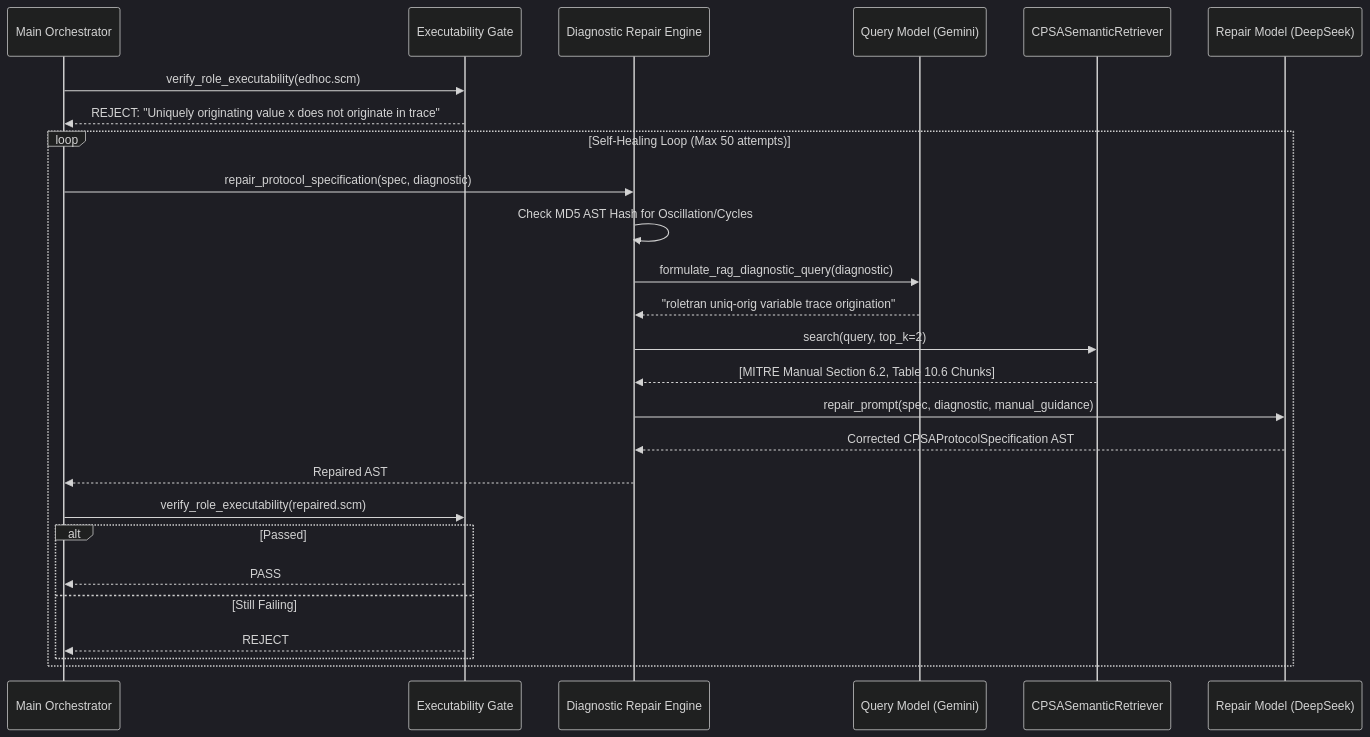
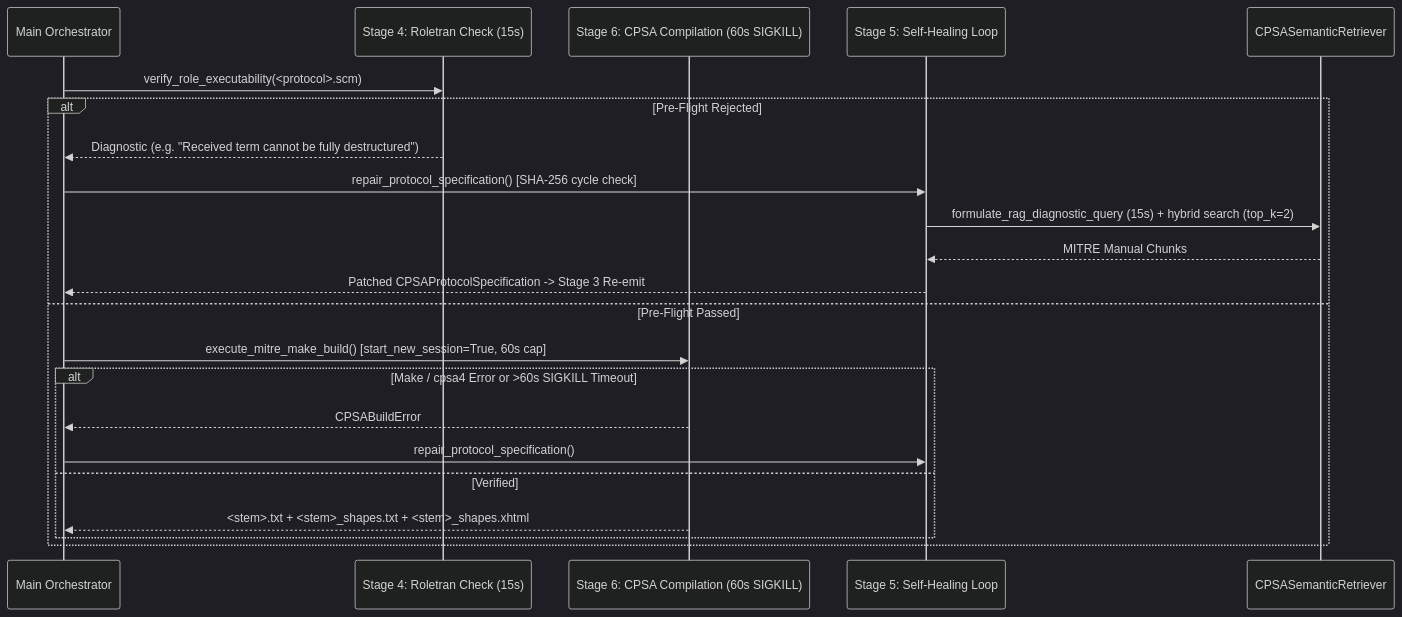
One commit to mariobx/RFC-LLM changed the second of 2 diagrams in docs/MASTER_BLUEPRINT.md. Above: the diagram before and after it, drawn with Mermaid (dark theme). The commit also changed other lines of this file and 72 other files, not shown here.

````diff
--- a/docs/MASTER_BLUEPRINT.md
+++ b/docs/MASTER_BLUEPRINT.md
@@ -201,30 +175,25 @@
 ```mermaid
 sequenceDiagram
-    participant Orchestrator as Main Orchestrator
-    participant Gate as Executability Gate
-    participant Repair as Diagnostic Repair Engine
-    participant LLM_Q as Query Model (Gemini)
+    participant Orch as Main Orchestrator
+    participant Gate as Stage 4: Roletran Check (15s)
+    participant Build as Stage 6: CPSA Compilation (60s SIGKILL)
+    participant Repair as Stage 5: Self-Healing Loop
     participant RAG as CPSASemanticRetriever
-    participant LLM_R as Repair Model (DeepSeek)
 
-    Orchestrator->>Gate: verify_role_executability(edhoc.scm)
-    Gate-->>Orchestrator: REJECT: "Uniquely originating value x does not originate in trace"
-    
-    loop Self-Healing Loop (Max 50 attempts)
-        Orchestrator->>Repair: repair_protocol_specification(spec, diagnostic)
-        Repair->>Repair: Check MD5 AST Hash for Oscillation/Cycles
-        Repair->>LLM_Q: formulate_rag_diagnostic_query(diagnostic)
-        LLM_Q-->>Repair: "roletran uniq-orig variable trace origination"
-        Repair->>RAG: search(query, top_k=2)
-        RAG-->>Repair: [MITRE Manual Section 6.2, Table 10.6 Chunks]
-        Repair->>LLM_R: repair_prompt(spec, diagnostic, manual_guidance)
-        LLM_R-->>Repair: Corrected CPSAProtocolSpecification AST
-        Repair-->>Orchestrator: Repaired AST
-        Orchestrator->>Gate: verify_role_executability(repaired.scm)
-        alt Passed
-            Gate-->>Orchestrator: PASS
-        else Still Failing
-            Gate-->>Orchestrator: REJECT
+    Orch->>Gate: verify_role_executability(<protocol>.scm)
+    alt Pre-Flight Rejected
+        Gate-->>Orch: Diagnostic (e.g. "Received term cannot be fully destructured")
+        Orch->>Repair: repair_protocol_specification() [SHA-256 cycle check]
+        Repair->>RAG: formulate_rag_diagnostic_query (15s) + hybrid search (top_k=2)
+        RAG-->>Repair: MITRE Manual Chunks
+        Repair-->>Orch: Patched CPSAProtocolSpecification -> Stage 3 Re-emit
+    else Pre-Flight Passed
+        Orch->>Build: execute_mitre_make_build() [start_new_session=True, 60s cap]
+        alt Make / cpsa4 Error or >60s SIGKILL Timeout
+            Build-->>Orch: CPSABuildError
+            Orch->>Repair: repair_protocol_specification()
+        else Verified
+            Build-->>Orch: <stem>.txt + <stem>_shapes.txt + <stem>_shapes.xhtml
         end
     end
 ```
````
